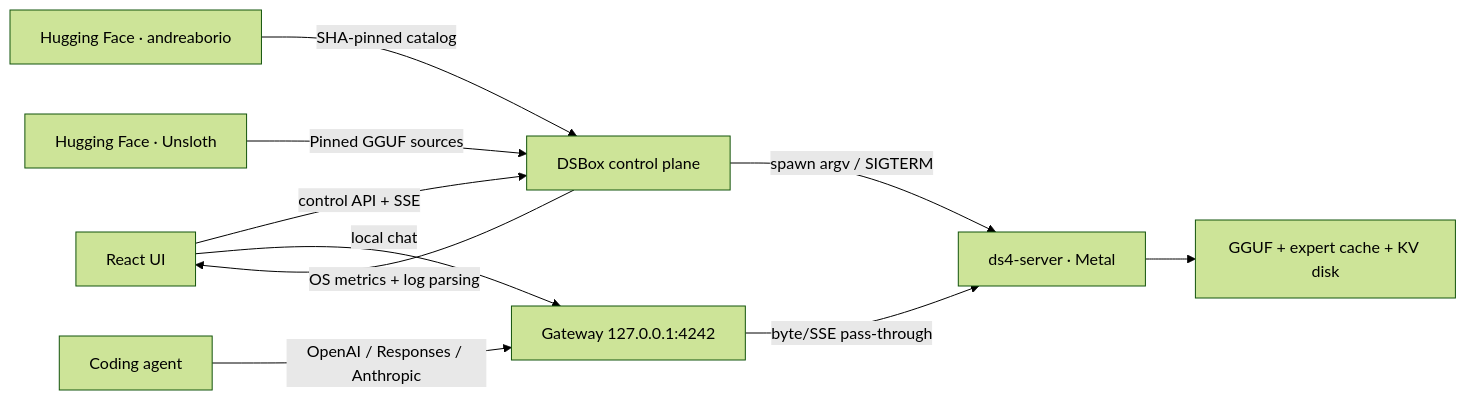
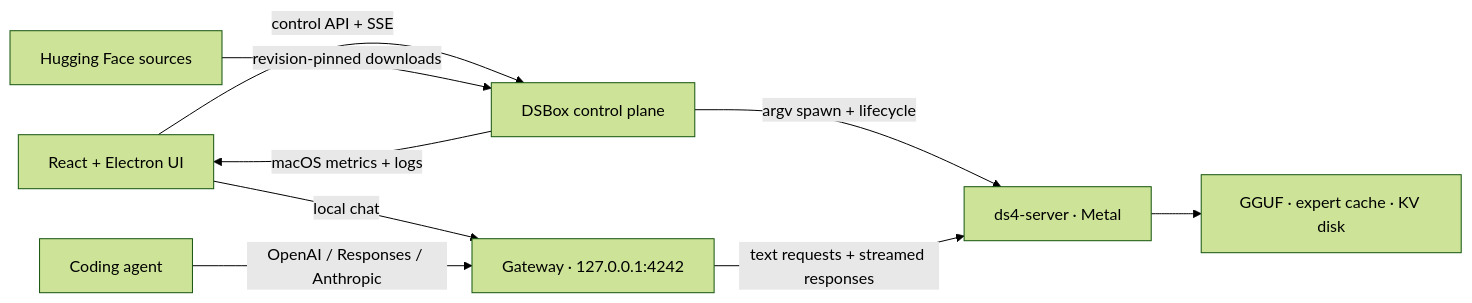
The diagram in README.md (andreaborio/dsbox), drawn with Mermaid (forest theme) before and after one commit. The commit also changed other lines of this file and 52 other files, not shown here.

````diff
--- a/README.md
+++ b/README.md
@@ -228,12 +180,11 @@
 ```mermaid
 flowchart LR
-    UI["React UI"] -->|"control API + SSE"| CP["DSBox control plane"]
-    HF["Hugging Face · andreaborio"] -->|"SHA-pinned catalog"| CP
-    US["Hugging Face · Unsloth"] -->|"Pinned GGUF sources"| CP
-    CP -->|"spawn argv / SIGTERM"| DS4["ds4-server · Metal"]
-    CP -->|"OS metrics + log parsing"| UI
-    UI -->|"local chat"| GW["Gateway 127.0.0.1:4242"]
+    UI["React + Electron UI"] -->|"control API + SSE"| CP["DSBox control plane"]
+    HF["Hugging Face sources"] -->|"revision-pinned downloads"| CP
+    CP -->|"argv spawn + lifecycle"| DS4["ds4-server · Metal"]
+    UI -->|"local chat"| GW["Gateway · 127.0.0.1:4242"]
     AG["Coding agent"] -->|"OpenAI / Responses / Anthropic"| GW
-    GW -->|"byte/SSE pass-through"| DS4
-    DS4 --> SSD["GGUF + expert cache + KV disk"]
+    GW -->|"text requests + streamed responses"| DS4
+    DS4 --> SSD["GGUF · expert cache · KV disk"]
+    CP -->|"macOS metrics + logs"| UI
 ```
````
